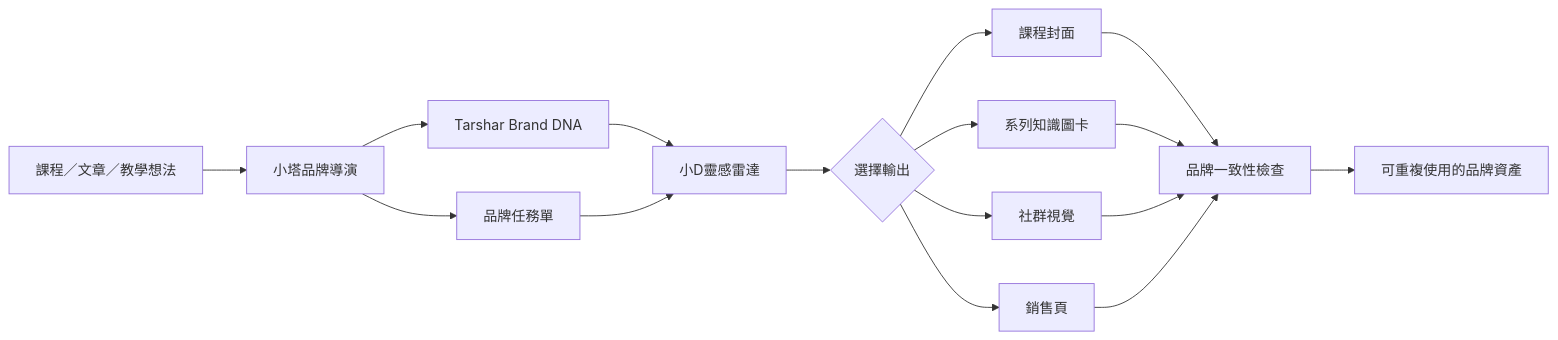
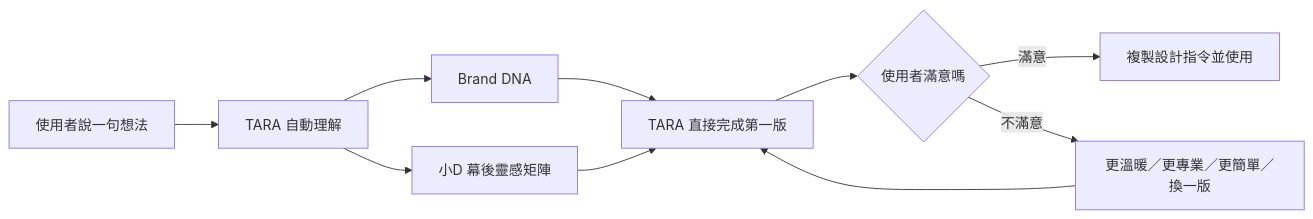
One commit to tarshar4242/tarshar-brand-studio changed the first of 4 diagrams in README.md. Above: the diagram before and after it, drawn with Mermaid. The commit also changed other lines of this file and 5 other files, not shown here.

Commit message:
Simplify TARA beginner flow

````diff
--- a/README.md
+++ b/README.md
@@ -54,18 +54,12 @@
 ```mermaid
 flowchart LR
-    A[課程／文章／教學想法] --> B[小塔品牌導演]
-    B --> C[Tarshar Brand DNA]
-    B --> D[品牌任務單]
-    C --> E[小D靈感雷達]
+    A[使用者說一句想法] --> B[TARA 自動理解]
+    B --> C[Brand DNA]
+    B --> D[小D 幕後靈感矩陣]
+    C --> E[TARA 直接完成第一版]
     D --> E
-    E --> F{選擇輸出}
-    F --> G[課程封面]
-    F --> H[系列知識圖卡]
-    F --> I[社群視覺]
-    F --> J[銷售頁]
-    G --> K[品牌一致性檢查]
-    H --> K
-    I --> K
-    J --> K
-    K --> L[可重複使用的品牌資產]
+    E --> F{使用者滿意嗎}
+    F -->|滿意| G[複製設計指令並使用]
+    F -->|不滿意| H[更溫暖／更專業／更簡單／換一版]
+    H --> E
 ```
````
